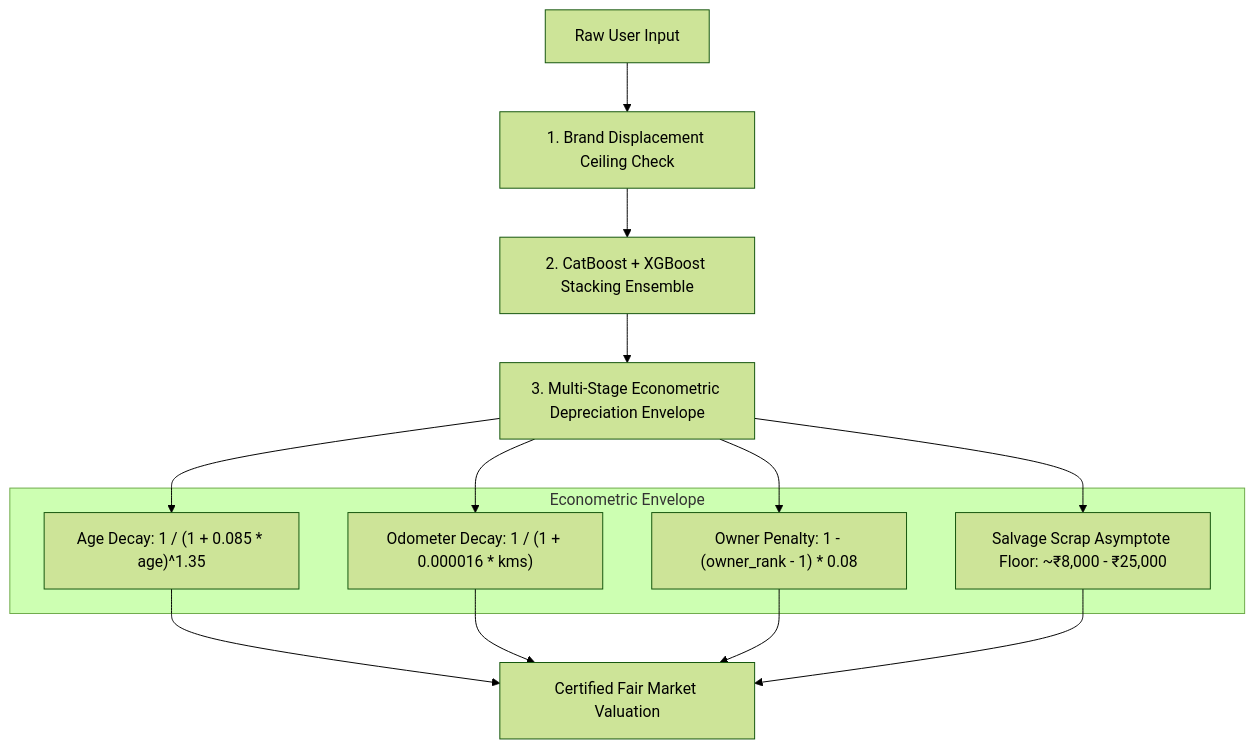
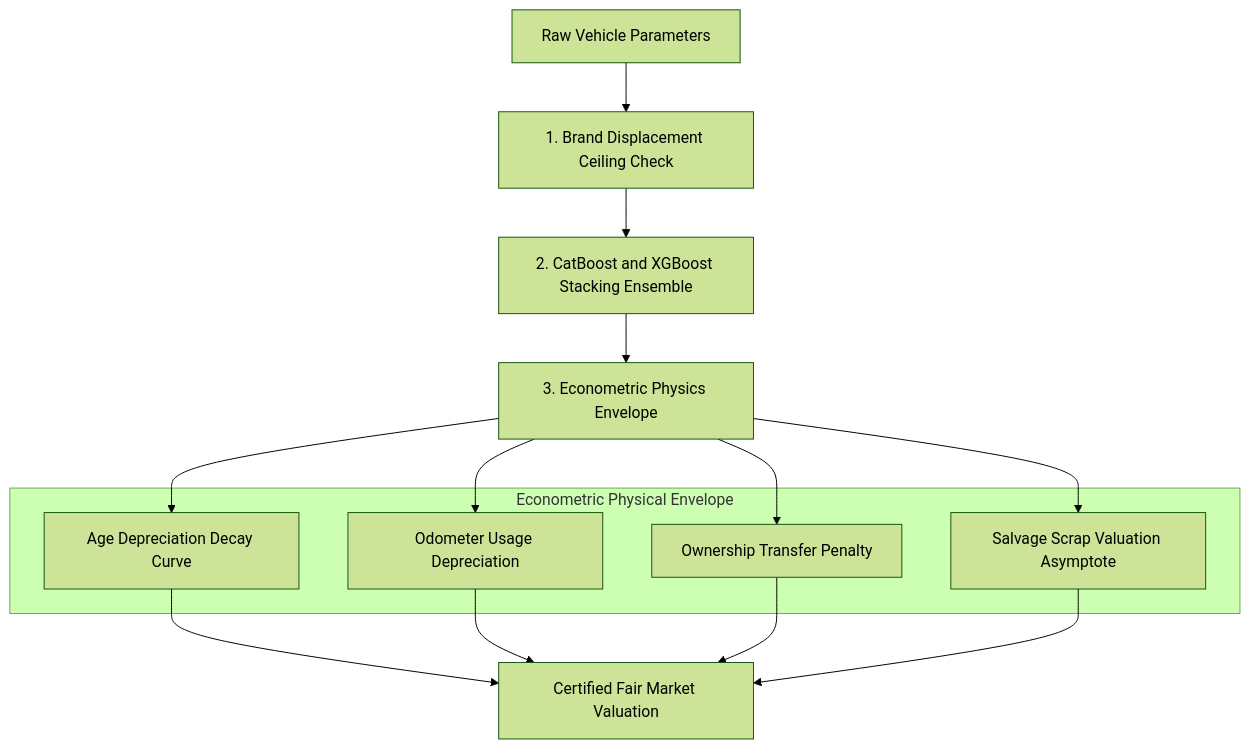
The first of 3 diagrams in README.md (harshitthek/used-bike-price), drawn with Mermaid (forest theme) before and after one commit. The commit also changed other lines of this file, not shown here.

Commit message:
fix(docs): simplify and harden all Mermaid diagrams against GitHub dagre rendering bugs

````diff
--- a/README.md
+++ b/README.md
@@ -193,22 +193,22 @@
 ```mermaid
 graph TD
-    RawInput["Raw User Input"] --> BrandGuard["1. Brand Displacement Ceiling Check"]
-    BrandGuard --> TreeEnsemble["2. CatBoost + XGBoost Stacking Ensemble"]
-    TreeEnsemble --> EconBounds["3. Multi-Stage Econometric Depreciation Envelope"]
+    RawInput["Raw Vehicle Parameters"] --> BrandGuard["1. Brand Displacement Ceiling Check"]
+    BrandGuard --> TreeEnsemble["2. CatBoost and XGBoost Stacking Ensemble"]
+    TreeEnsemble --> EconBounds["3. Econometric Physics Envelope"]
     
-    subgraph EconEnv ["Econometric Envelope"]
-        AgeDecay["Age Decay: 1 / (1 + 0.085 * age)^1.35"]
-        KmDecay["Odometer Decay: 1 / (1 + 0.000016 * kms)"]
-        OwnerPenalty["Owner Penalty: 1 - (owner_rank - 1) * 0.08"]
-        ScrapFloor["Salvage Scrap Asymptote Floor: ~₹8,000 - ₹25,000"]
+    subgraph EconEnv ["Econometric Physical Envelope"]
+        AgeDecay["Age Depreciation Decay Curve"]
+        KmDecay["Odometer Usage Depreciation"]
+        OwnerPenalty["Ownership Transfer Penalty"]
+        ScrapFloor["Salvage Scrap Valuation Asymptote"]
     end
 
     EconBounds --> AgeDecay
     EconBounds --> KmDecay
     EconBounds --> OwnerPenalty
     EconBounds --> ScrapFloor
-    AgeDecay --> CertifiedOutput["Certified Fair Market Valuation"]
-    KmDecay --> CertifiedOutput
-    OwnerPenalty --> CertifiedOutput
-    ScrapFloor --> CertifiedOutput
+    AgeDecay --> FinalValuation["Certified Fair Market Valuation"]
+    KmDecay --> FinalValuation
+    OwnerPenalty --> FinalValuation
+    ScrapFloor --> FinalValuation
 ```
````
